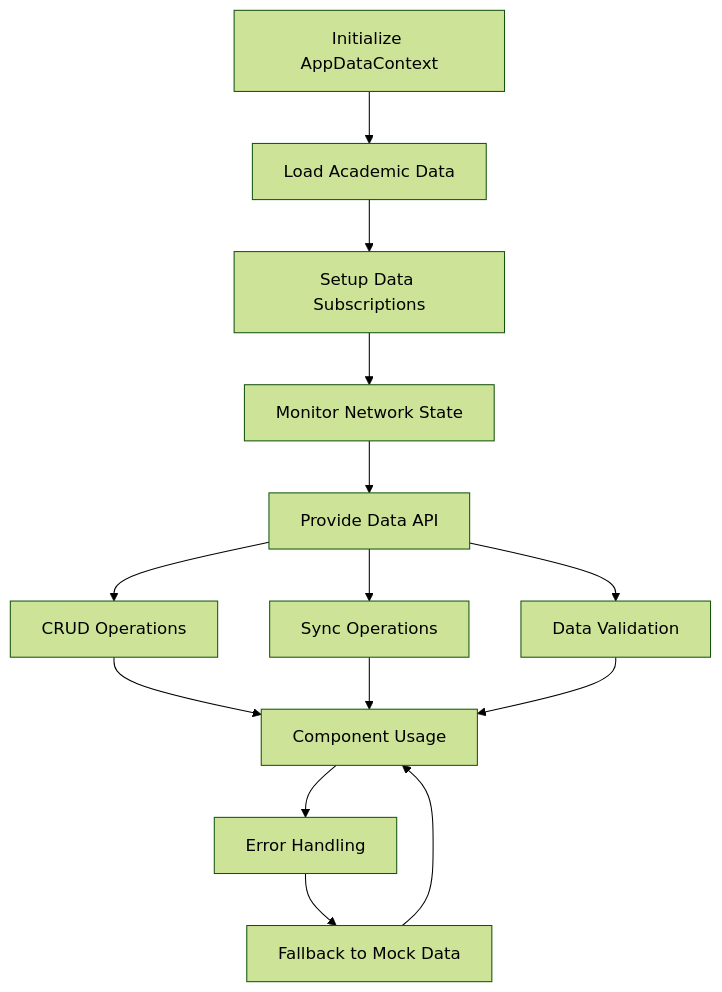
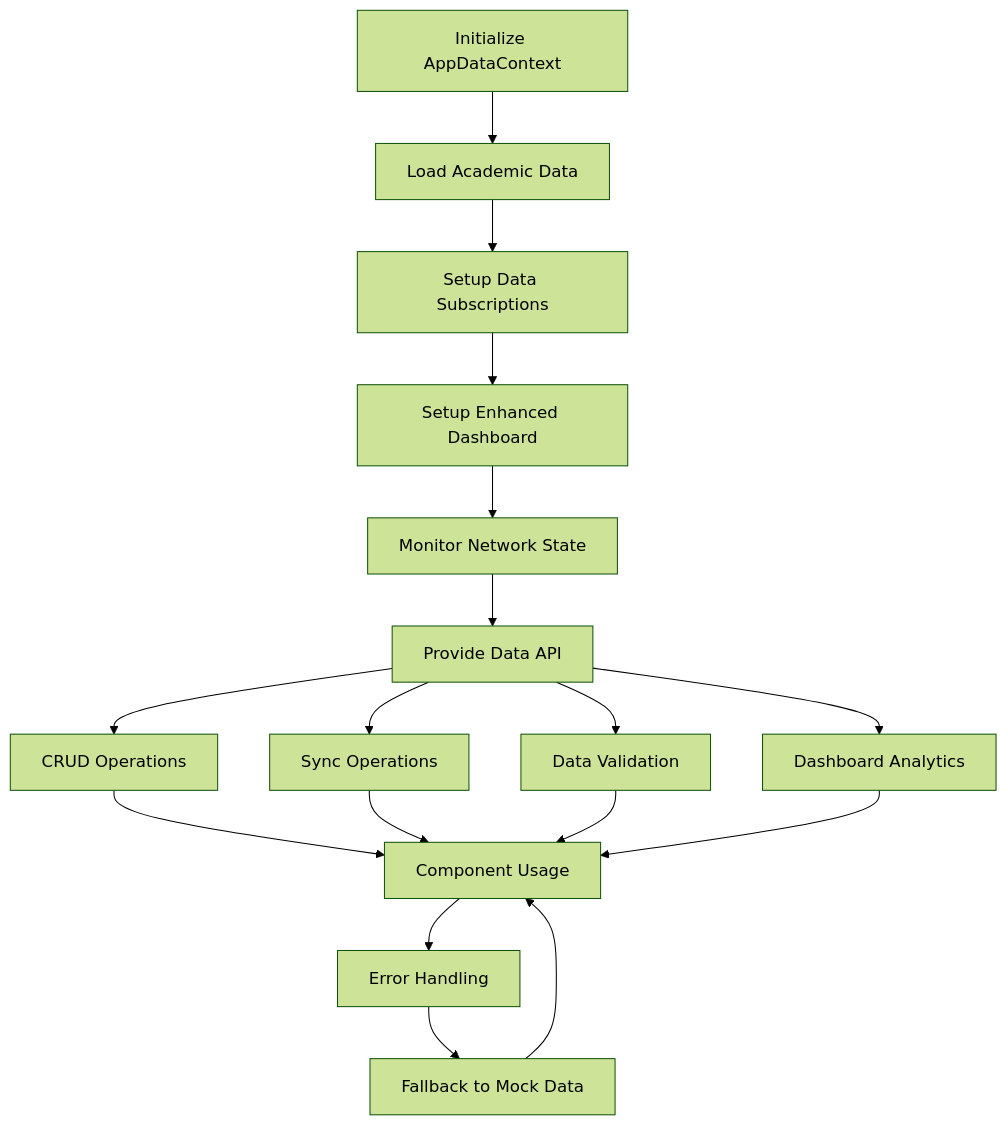
The seventh of 14 diagrams in .qoder/repowiki/en/content/Academic Data Management.md (geniusdynamics/schoolpilot), drawn with Mermaid (forest theme) before and after one commit. The commit also changed other lines of this file and 16 other files, not shown here.

````diff
--- a/.qoder/repowiki/en/content/Academic Data Management.md
+++ b/.qoder/repowiki/en/content/Academic Data Management.md
@@ -358,16 +382,19 @@
 ```mermaid
 flowchart TD
 Init[Initialize AppDataContext] --> LoadData[Load Academic Data]
 LoadData --> SetupSubscriptions[Setup Data Subscriptions]
-SetupSubscriptions --> MonitorNetwork[Monitor Network State]
+SetupSubscriptions --> SetupDashboard[Setup Enhanced Dashboard]
+SetupDashboard --> MonitorNetwork[Monitor Network State]
 MonitorNetwork --> ProvideAPI[Provide Data API]
 ProvideAPI --> CRUDOperations[CRUD Operations]
 ProvideAPI --> SyncOperations[Sync Operations]
 ProvideAPI --> Validation[Data Validation]
+ProvideAPI --> DashboardAnalytics[Dashboard Analytics]
 CRUDOperations --> ComponentUsage[Component Usage]
 SyncOperations --> ComponentUsage
 Validation --> ComponentUsage
+DashboardAnalytics --> ComponentUsage
 ComponentUsage --> ErrorHandling[Error Handling]
 ErrorHandling --> Fallback[Fallback to Mock Data]
 Fallback --> ComponentUsage
 ```
````
